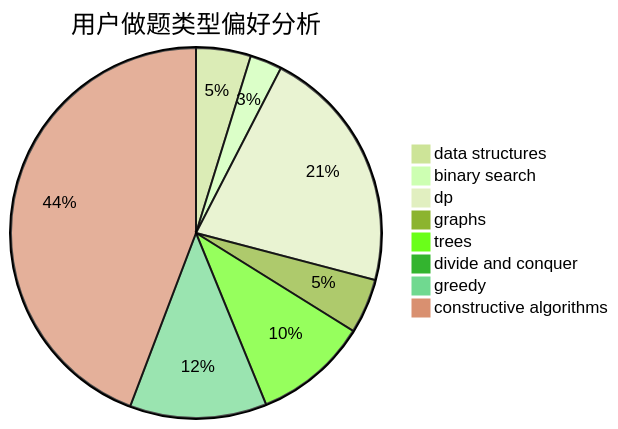
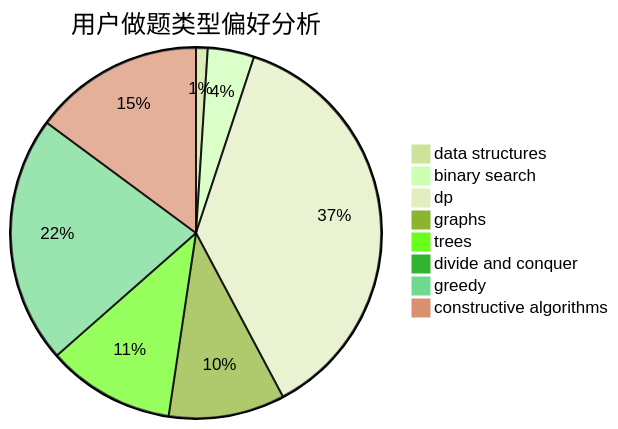
The second of 3 diagrams in docs/user/u2492.md (sherpahu/cfrs.github.io), drawn with Mermaid (forest theme) before and after one commit. The commit also changed other lines of this file and 2770 other files, not shown here.

````diff
--- a/docs/user/u2492.md
+++ b/docs/user/u2492.md
@@ -23,11 +23,11 @@
 ```mermaid
 pie title 用户做题类型偏好分析
-    "data structures" :  12
-    "binary search" :  7
-    "dp" :  54
-    "graphs" :  12
-    "trees" :  25
-    "divide and conquer" :  1
-    "greedy" :  30
-    "constructive algorithms" :  111
+    "data structures" :  3
+    "binary search" :  12
+    "dp" :  110
+    "graphs" :  30
+    "trees" :  33
+    "divide and conquer" :  0
+    "greedy" :  64
+    "constructive algorithms" :  44
 ```
````
